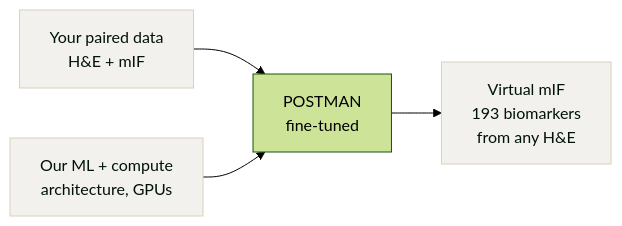
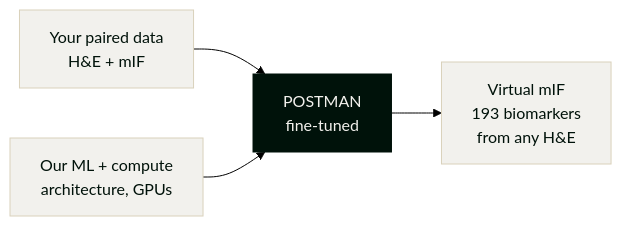
Before and after one commit to Strand-AI/figma-slides-mcp: the first of 3 diagrams in slides/elucidate.md, drawn with Mermaid (forest theme).

Commit message:
Fix POSTMAN node invisible on dark slide, use dark slate fill

````diff
--- a/slides/elucidate.md
+++ b/slides/elucidate.md
@@ -88,9 +88,10 @@
 ```mermaid
 graph LR
     A["Your paired data<br/>H&E + mIF"] --> C["POSTMAN<br/>fine-tuned"]
     B["Our ML + compute<br/>architecture, GPUs"] --> C
     C --> D["Virtual mIF<br/>193 biomarkers<br/>from any H&E"]
     style A fill:#F2F1ED,color:#00120A,stroke:#D9D1BB
     style B fill:#F2F1ED,color:#00120A,stroke:#D9D1BB
+    style C fill:#00120A,color:#F2F1ED,stroke:#00120A
     style D fill:#F2F1ED,color:#00120A,stroke:#D9D1BB
 ```
````
